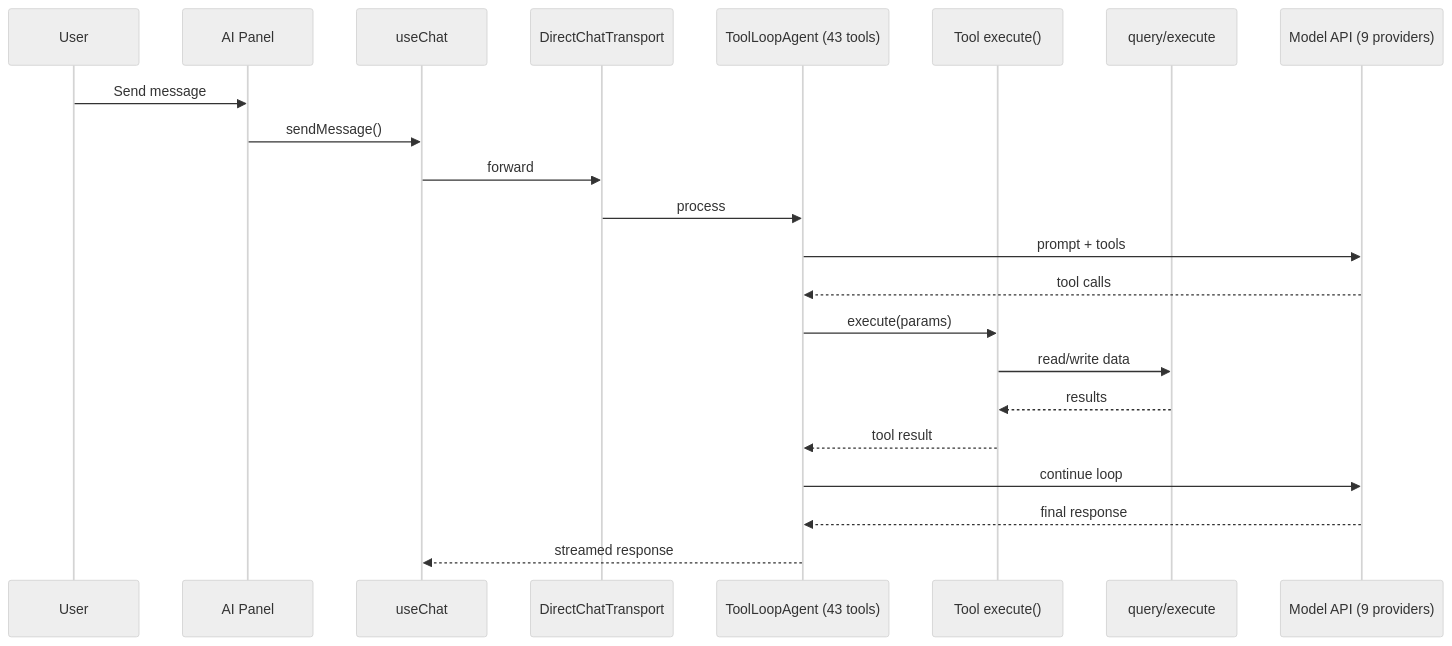
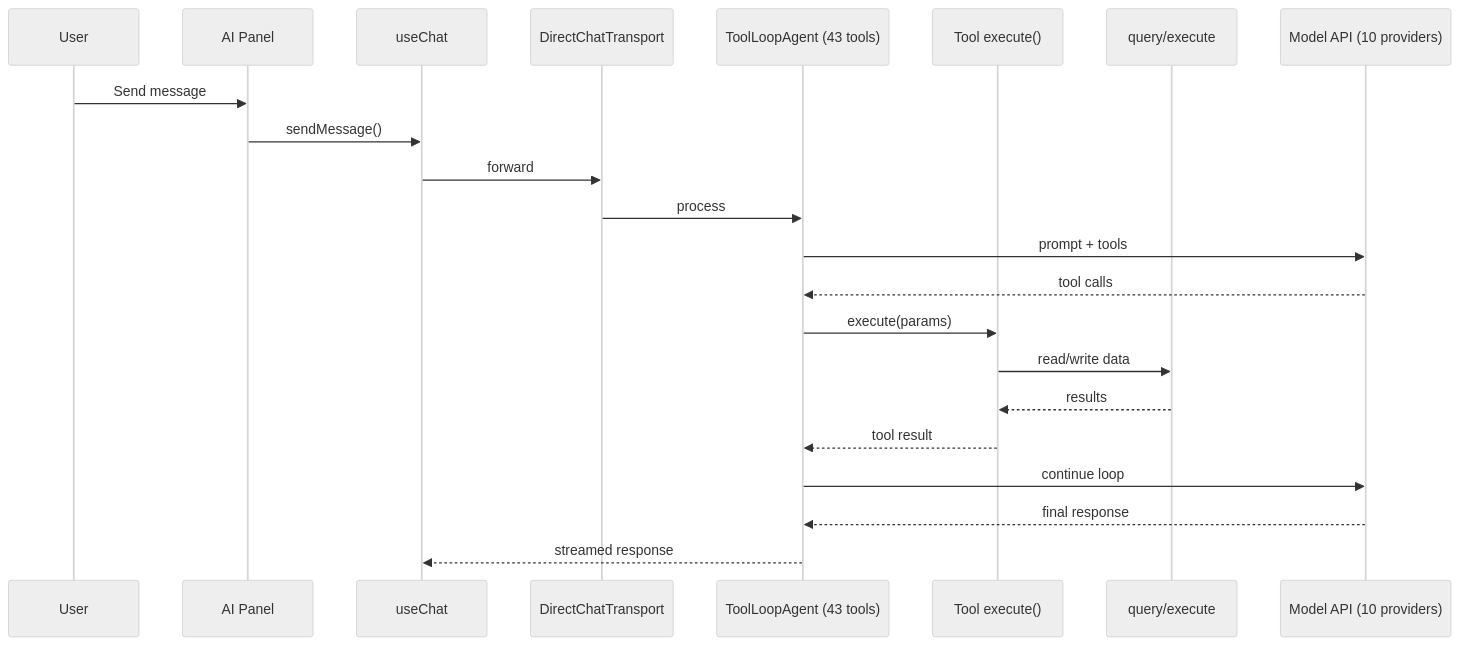
Before and after one commit to g0dxn4/Shikin: the second of 2 diagrams in docs/guides/ARCHITECTURE.md, drawn with Mermaid (neutral theme). The commit also changed other lines of this file and 20 other files, not shown here.

````diff
--- a/docs/guides/ARCHITECTURE.md
+++ b/docs/guides/ARCHITECTURE.md
@@ -139,25 +139,25 @@
 ```mermaid
 sequenceDiagram
     participant User
     participant Panel as AI Panel
     participant Chat as useChat
     participant Transport as DirectChatTransport
     participant Agent as ToolLoopAgent (43 tools)
     participant Tool as Tool execute()
     participant DB as query/execute
-    participant LLM as Model API (9 providers)
+    participant LLM as Model API (10 providers)
 
     User->>Panel: Send message
     Panel->>Chat: sendMessage()
     Chat->>Transport: forward
     Transport->>Agent: process
     Agent->>LLM: prompt + tools
     LLM-->>Agent: tool calls
     Agent->>Tool: execute(params)
     Tool->>DB: read/write data
     DB-->>Tool: results
     Tool-->>Agent: tool result
     Agent->>LLM: continue loop
     LLM-->>Agent: final response
     Agent-->>Chat: streamed response
 ```
````
